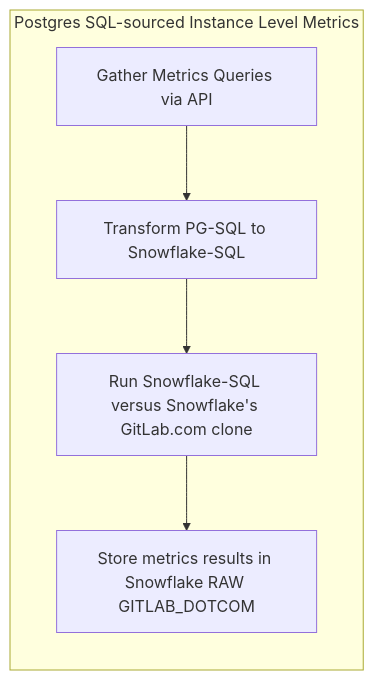
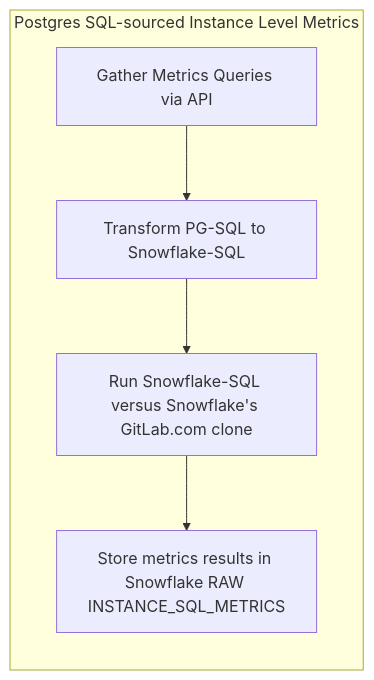
Before and after one commit to secretstartups/handbook: the first of 3 diagrams in business-technology/data-team/data-catalog/saas-service-ping-automation/index.html.md, drawn with Mermaid. The commit also changed other lines of this file, not shown here.

Commit message:
Update the file in order to align with the recent table renaming in RAW.SAAS_USAGE_PING schema. Table name changed from `saas_usage_ping.gitlab_dotcom` -> `instance_sql_metrics`

````diff
--- a/business-technology/data-team/data-catalog/saas-service-ping-automation/index.html.md
+++ b/business-technology/data-team/data-catalog/saas-service-ping-automation/index.html.md
@@ -73,8 +73,8 @@
 ```mermaid
 graph LR
 subgraph Postgres SQL-sourced Instance Level Metrics
 B[Gather Metrics Queries via API] --> C[Transform PG-SQL to Snowflake-SQL]
 C --> D[Run Snowflake-SQL versus Snowflake's GitLab.com clone]
-D --> E[Store metrics results in Snowflake RAW GITLAB_DOTCOM]
+D --> E[Store metrics results in Snowflake RAW INSTANCE_SQL_METRICS]
 end
 ```
````
